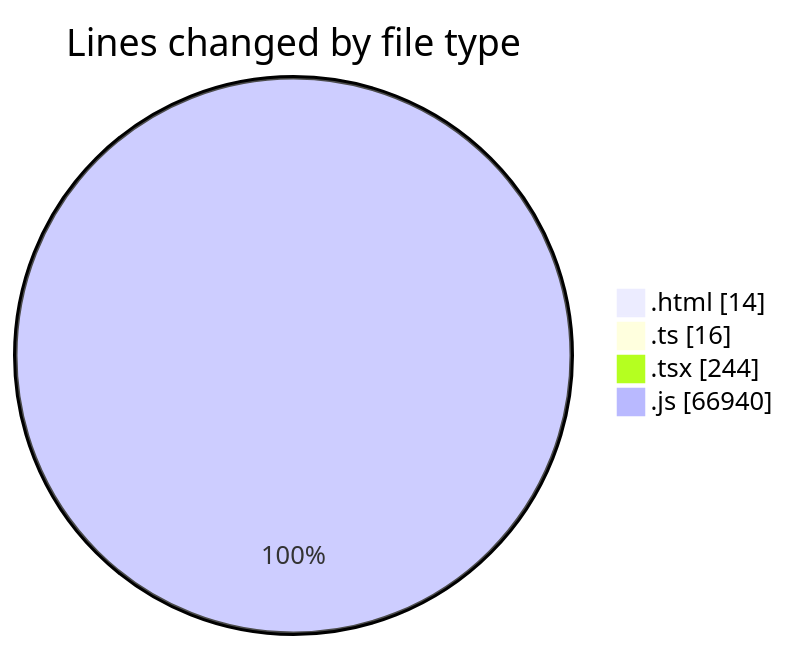
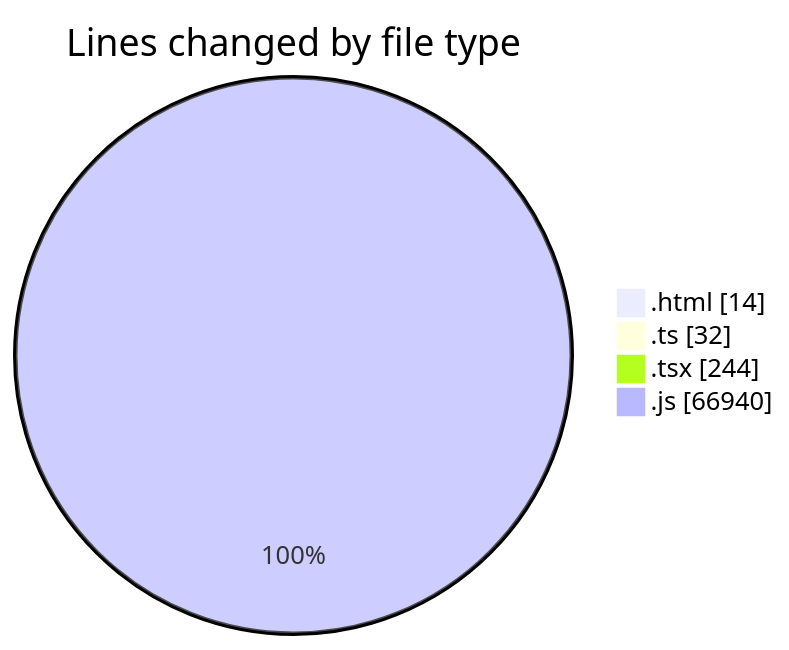
One commit to donsfak/code-tracking changed the first of 2 diagrams in 2025-02-06/portofolio/README.md. Above: the diagram before and after it, drawn with Mermaid. The commit also changed other lines of this file and 1 other file, not shown here.

````diff
--- a/2025-02-06/portofolio/README.md
+++ b/2025-02-06/portofolio/README.md
@@ -23,8 +23,8 @@
 ```mermaid
 pie showData
 title Lines changed by file type
 ".html" : 14
-".ts" : 16
+".ts" : 32
 ".tsx" : 244
 ".js" : 66940
 ```
````
